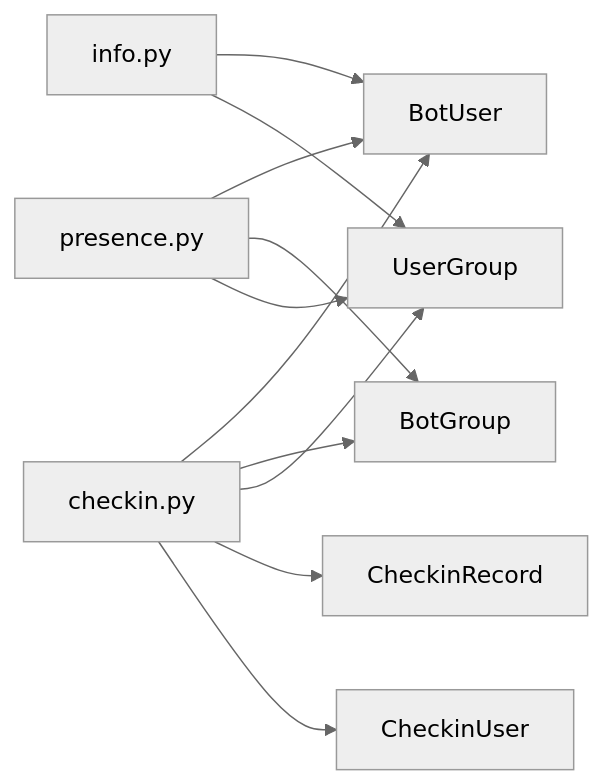
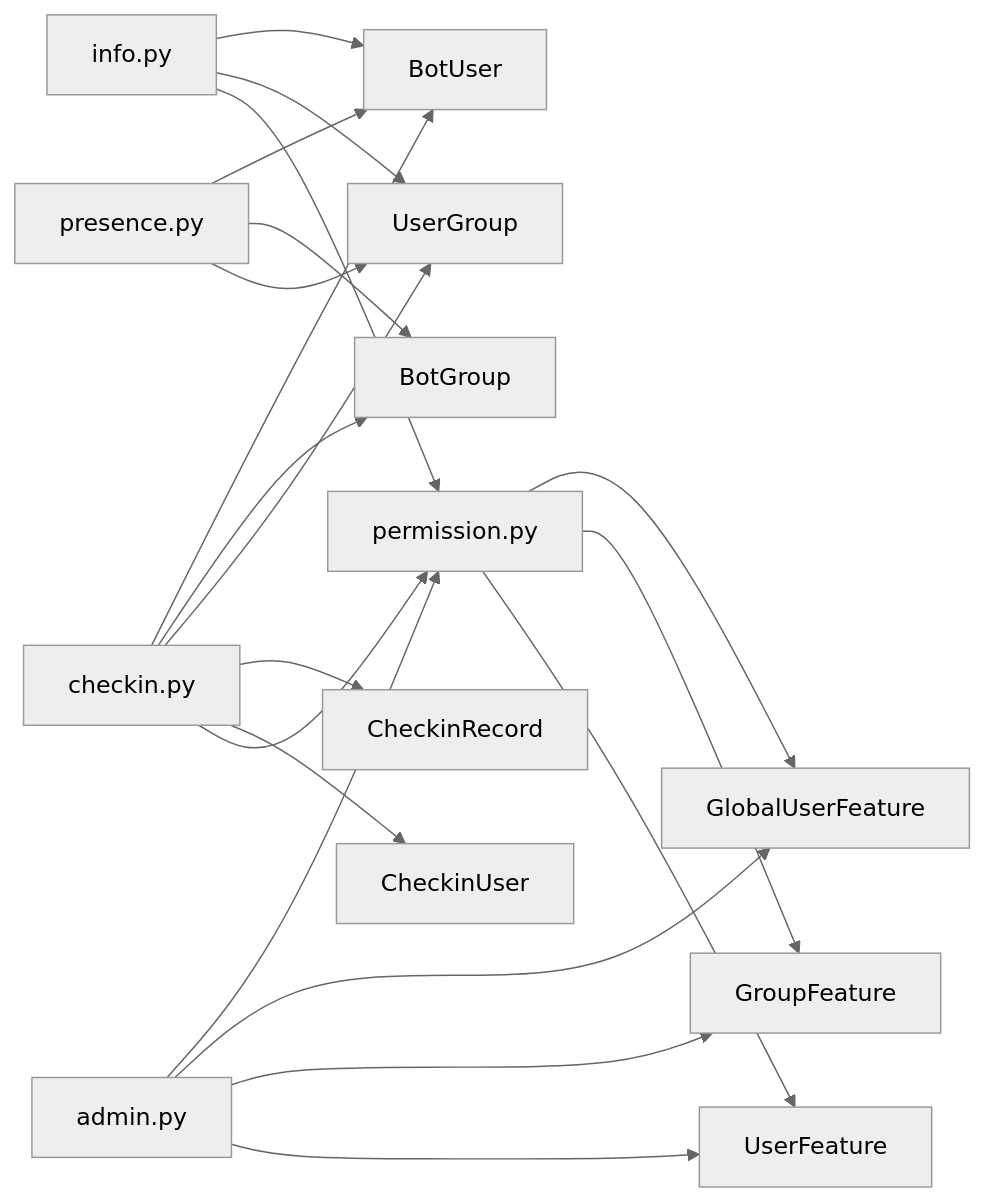
The ninth of 9 diagrams in .qoder/repowiki/zh/content/核心功能模块/用户信息查询.md (Wohaokunr/yawn_bot), drawn with Mermaid (neutral theme) before and after one commit. The commit also changed other lines of this file and 10 other files, not shown here.

````diff
--- a/.qoder/repowiki/zh/content/核心功能模块/用户信息查询.md
+++ b/.qoder/repowiki/zh/content/核心功能模块/用户信息查询.md
@@ -292,13 +439,22 @@
 ```mermaid
 graph LR
 Info["info.py"] --> BU["BotUser"]
 Info --> UG["UserGroup"]
+Info --> Perm["permission.py"]
 Checkin["checkin.py"] --> BU
 Checkin --> BG["BotGroup"]
 Checkin --> UG
 Checkin --> CR["CheckinRecord"]
 Checkin --> CU["CheckinUser"]
+Checkin --> Perm
 Presence["presence.py"] --> BU
 Presence --> BG
 Presence --> UG
+Perm --> GU["GlobalUserFeature"]
+Perm --> GF["GroupFeature"]
+Perm --> UF["UserFeature"]
+Admin["admin.py"] --> Perm
+Admin --> GU
+Admin --> GF
+Admin --> UF
 ```
````
